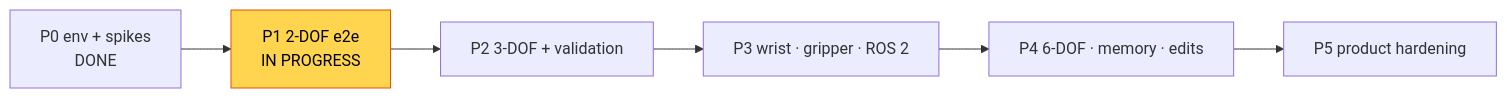
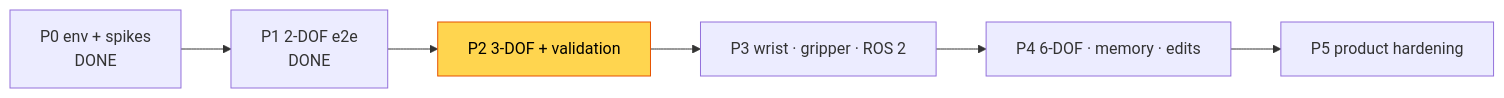
Before and after one commit to Gabriel86-AS/AGENTIC-CAD: the diagram in implementation_context/current_state.md, drawn with Mermaid. The commit also changed other lines of this file and 2 other files, not shown here.

````diff
--- a/implementation_context/current_state.md
+++ b/implementation_context/current_state.md
@@ -21,5 +21,5 @@
 ```mermaid
 flowchart LR
-    P0["P0 env + spikes<br/>DONE"] --> P1["P1 2-DOF e2e<br/>IN PROGRESS"]:::cur --> P2["P2 3-DOF + validation"] --> P3["P3 wrist · gripper · ROS 2"] --> P4["P4 6-DOF · memory · edits"] --> P5["P5 product hardening"]
+    P0["P0 env + spikes<br/>DONE"] --> P1["P1 2-DOF e2e<br/>DONE"] --> P2["P2 3-DOF + validation"]:::cur --> P3["P3 wrist · gripper · ROS 2"] --> P4["P4 6-DOF · memory · edits"] --> P5["P5 product hardening"]
     classDef cur fill:#ffd54f,stroke:#e65100,color:#000
 ```
````
